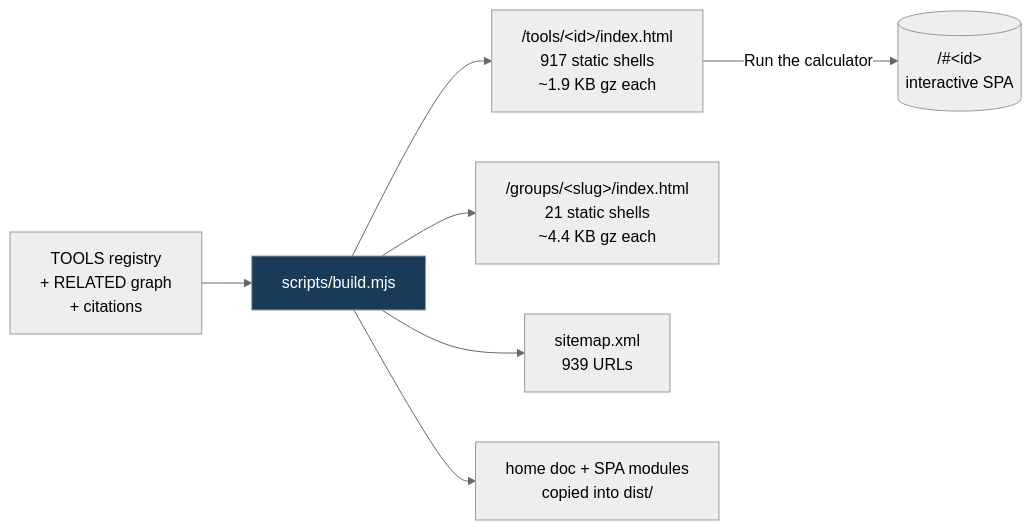
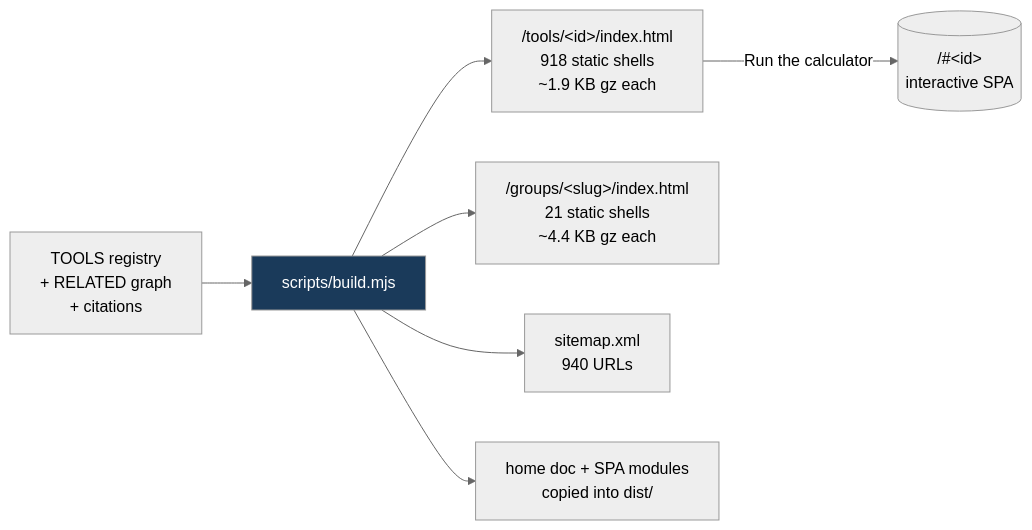
Before and after one commit to clay-good/roughlogic.com: the fifth of 8 diagrams in README.md, drawn with Mermaid (neutral theme). The commit also changed other lines of this file and 19 other files, not shown here.

````diff
--- a/README.md
+++ b/README.md
@@ -495,10 +495,10 @@
 ```mermaid
 flowchart LR
     SRC[TOOLS registry\n+ RELATED graph\n+ citations] --> BUILD[scripts/build.mjs]
-    BUILD --> TILE["/tools/&lt;id&gt;/index.html\n917 static shells\n~1.9 KB gz each"]
+    BUILD --> TILE["/tools/&lt;id&gt;/index.html\n918 static shells\n~1.9 KB gz each"]
     BUILD --> GROUP["/groups/&lt;slug&gt;/index.html\n21 static shells\n~4.4 KB gz each"]
-    BUILD --> MAP["sitemap.xml\n939 URLs"]
+    BUILD --> MAP["sitemap.xml\n940 URLs"]
     BUILD --> COPY[home doc + SPA modules\ncopied into dist/]
     TILE -->|Run the calculator| SPA[("/#&lt;id&gt;\ninteractive SPA")]
     style BUILD fill:#1a3a5a,color:#fff
 ```
````
